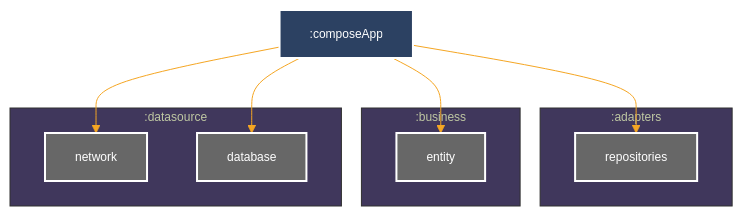
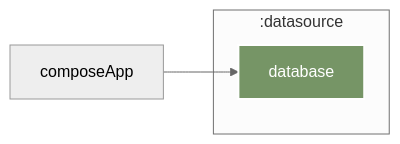
One commit to enirsilvaferraz/Pokedex changed the first of 6 diagrams in MERMAID.md. Above: the diagram before and after it, drawn with Mermaid. The commit also changed other lines of this file, not shown here.

First line of the commit message:
docs: Update Mermaid diagrams for module graphs

````diff
--- a/MERMAID.md
+++ b/MERMAID.md
@@ -3,33 +3,18 @@
 ```mermaid
 %%{
   init: {
-    'theme': 'base',
-    'themeVariables': {"primaryTextColor":"#F6F8FAff","primaryColor":"#5a4f7c","primaryBorderColor":"#5a4f7c","tertiaryColor":"#40375c","lineColor":"#f5a623","fontSize":"12px"}
+    'theme': 'neutral'
   }
 }%%
 
-graph TB
-  subgraph :adapters
-    :adapters:repositories["repositories"]
-  end
-  subgraph :business
-    :business:entity["entity"]
-  end
+graph LR
+  :composeApp["composeApp"]
   subgraph :datasource
-    :datasource:network["network"]
     :datasource:database["database"]
   end
-  :composeApp --> :business:entity
-  :composeApp --> :adapters:repositories
-  :composeApp --> :datasource:network
+
   :composeApp --> :datasource:database
 
-classDef android-application fill:#2C4162,stroke:#fff,stroke-width:2px,color:#fff;
-classDef unknown fill:#676767,stroke:#fff,stroke-width:2px,color:#fff;
-class :composeApp android-application
-class :business:entity unknown
-class :adapters:repositories unknown
-class :datasource:network unknown
-class :datasource:database unknown
-
+classDef focus fill:#769566,stroke:#fff,stroke-width:2px,color:#fff;
+class :datasource:database focus
 ```
````
